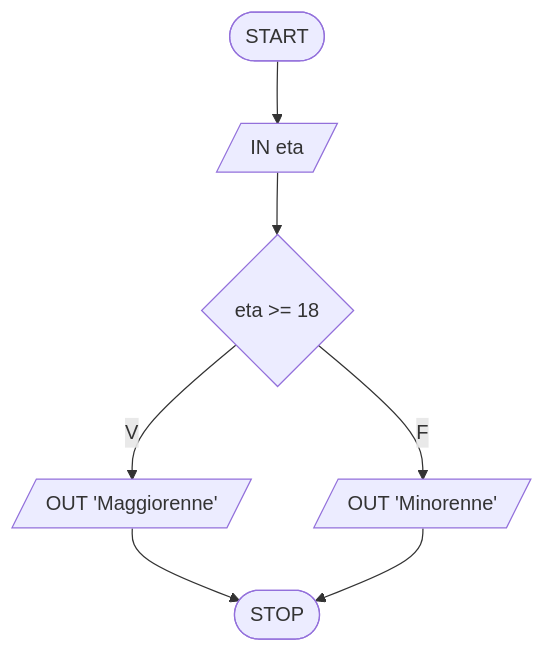
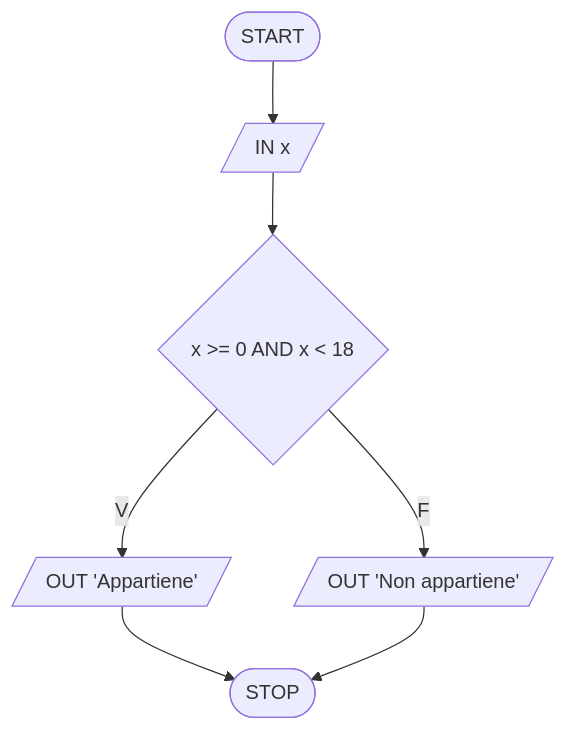
One commit to pg-laboratorio/flowcharts_laboratorio_esercizi changed diagram 26 of 28 in flowcharts_soluzioni.md. Above: the diagram before and after it, drawn with Mermaid. The commit also changed other lines of this file, not shown here.

````diff
--- a/flowcharts_soluzioni.md
+++ b/flowcharts_soluzioni.md
@@ -545,9 +564,9 @@
 ```mermaid
 graph TD
-    START([START]) --> INPUT[/"IN eta"/]
-    INPUT --> COND{"eta >= 18"}
-    COND -- V --> OMAG[/"OUT 'Maggiorenne'"/]
-    COND -- F --> OMIN[/"OUT 'Minorenne'"/]
-    OMAG --> STOP([STOP])
-    OMIN --> STOP
+    START([START]) --> INPUT[/"IN x"/]
+    INPUT --> COND{"x >= 0 AND x < 18"}
+    COND -- V --> OA[/"OUT 'Appartiene'"/]
+    COND -- F --> ON[/"OUT 'Non appartiene'"/]
+    OA --> STOP([STOP])
+    ON --> STOP
 ```
````
